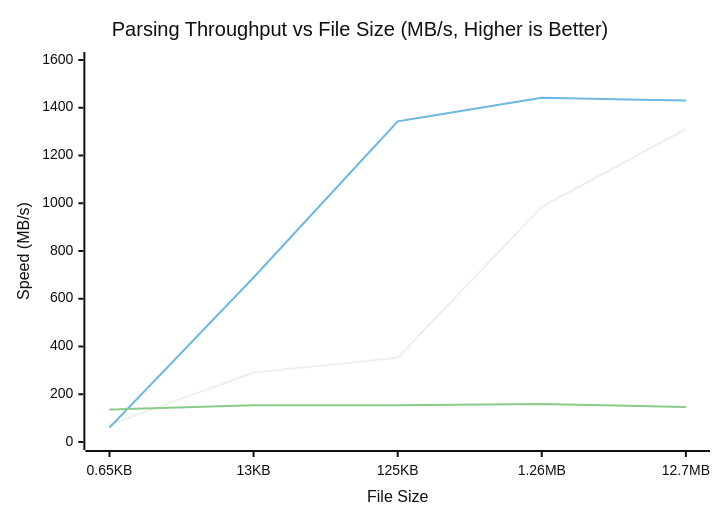
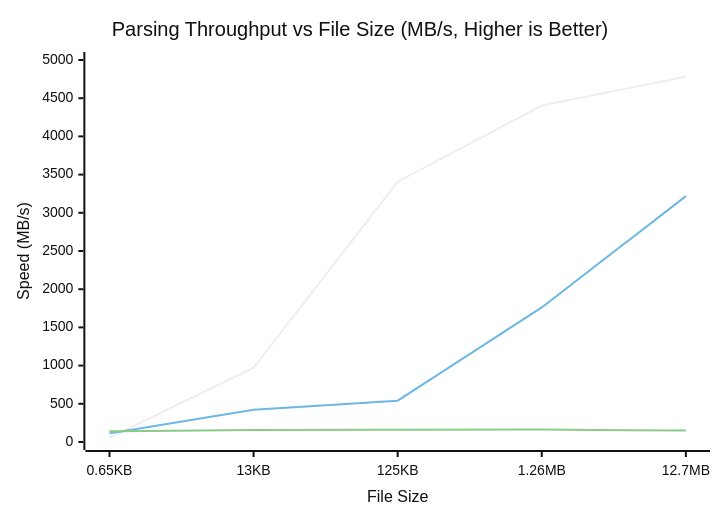
The second of 5 diagrams in README.md (GenshIv/silentjson), drawn with Mermaid (neutral theme) before and after one commit. The commit also changed other lines of this file and 9 other files, not shown here.

````diff
--- a/README.md
+++ b/README.md
@@ -121,9 +119,9 @@
 ```mermaid
 xychart-beta
     title "Parsing Throughput vs File Size (MB/s, Higher is Better)"
     x-axis "File Size" ["0.65KB", "13KB", "125KB", "1.26MB", "12.7MB"]
-    y-axis "Speed (MB/s)" 0 --> 1600
-    line "SilentJSON Parallel" [72, 291, 353, 985, 1311]
-    line "SilentJSON Stream" [60, 689, 1343, 1442, 1430]
-    line "Standard" [136, 154, 154, 159, 147]
+    y-axis "Speed (MB/s)" 0 --> 5000
+    line "SilentJSON Stream" [56, 972, 3407, 4404, 4780]
+    line "SilentJSON Parallel" [113, 422, 541, 1761, 3218]
+    line "Standard" [141, 158, 160, 162, 149]
 ```
````
